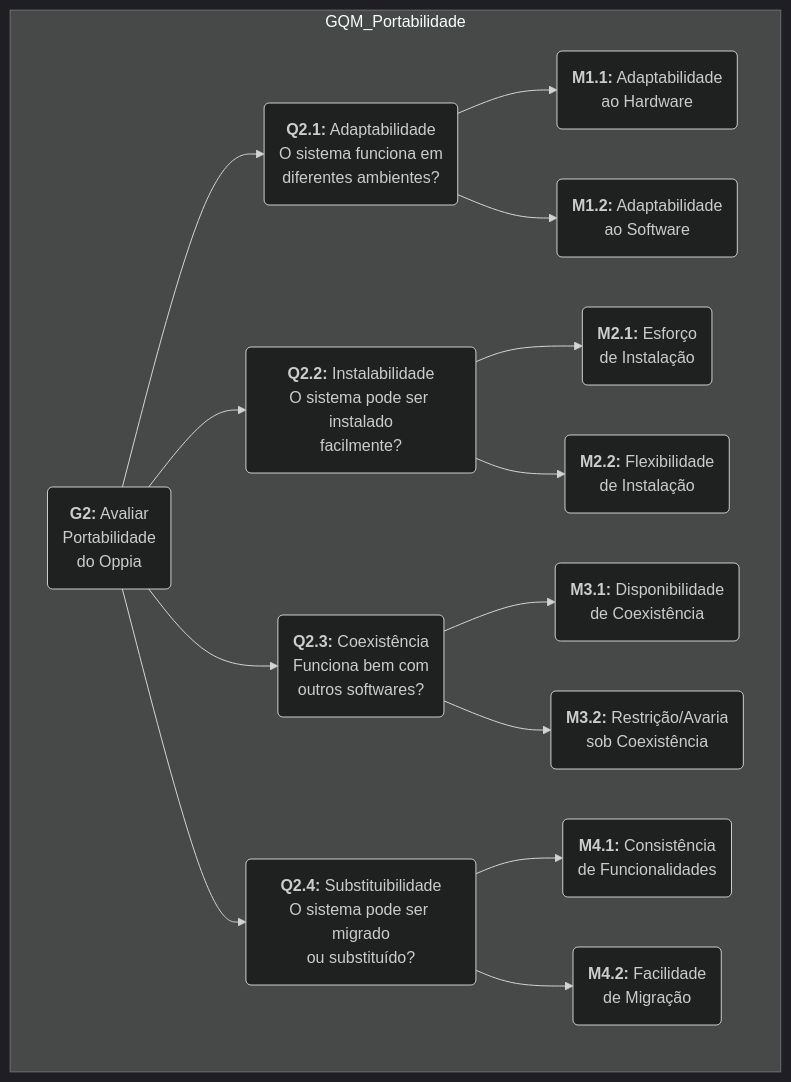
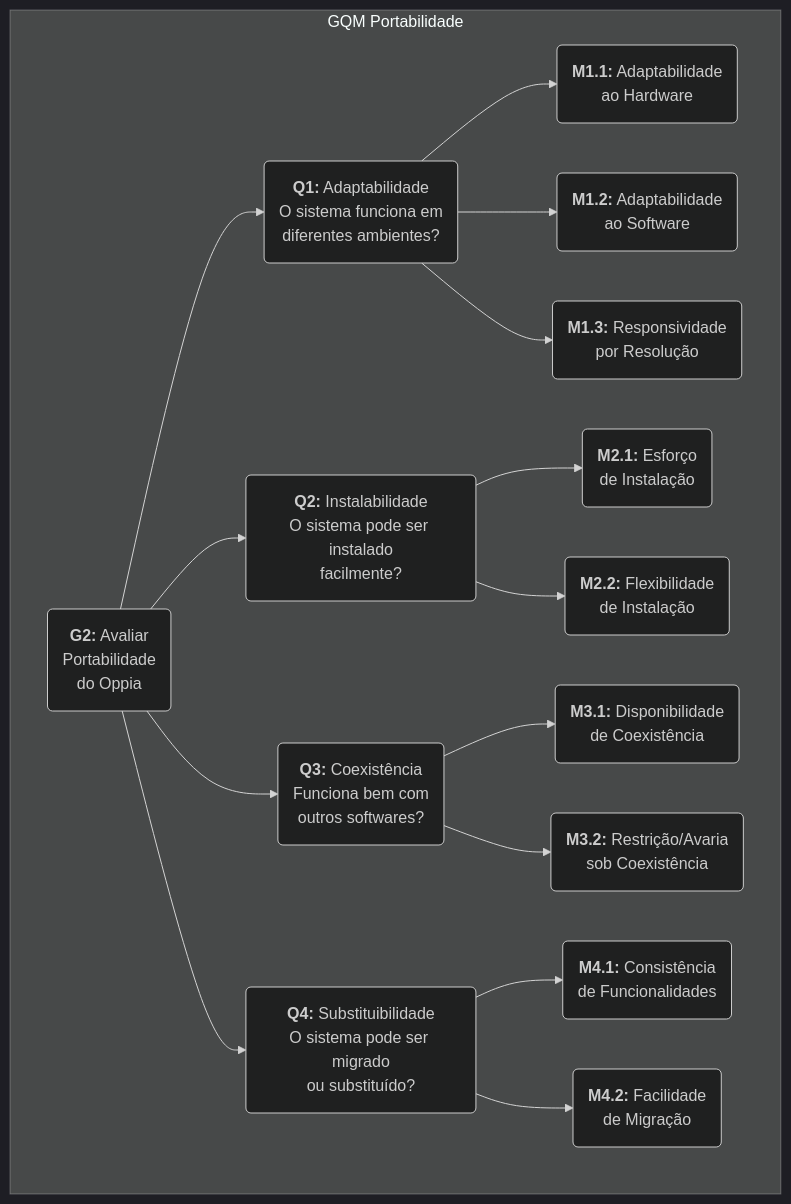
The diagram in docs/fase2/03_portabilidade.md (FCTE-Qualidade-de-Software-1/2025-2_T02_Radia_Perlman), drawn with Mermaid (dark theme) before and after one commit. The commit also changed other lines of this file and 1 other file, not shown here.

Commit message:
ajuste no diagrama de portabilidade

````diff
--- a/docs/fase2/03_portabilidade.md
+++ b/docs/fase2/03_portabilidade.md
@@ -49,29 +49,31 @@
 ```mermaid
-  graph TD
-    subgraph GQM_Portabilidade
+
+graph TD
+    subgraph GQM Portabilidade
         G2("<b>G2:</b> Avaliar<br>Portabilidade<br>do Oppia")
 
         %% QUESTÕES
-        G2 --> Q2_1("<b>Q2.1:</b> Adaptabilidade<br>O sistema funciona em<br>diferentes ambientes?")
-        G2 --> Q2_2("<b>Q2.2:</b> Instalabilidade<br>O sistema pode ser instalado<br>facilmente?")
-        G2 --> Q2_3("<b>Q2.3:</b> Coexistência<br>Funciona bem com<br>outros softwares?")
-        G2 --> Q2_4("<b>Q2.4:</b> Substituibilidade<br>O sistema pode ser migrado<br>ou substituído?")
+        G2 --> Q1("<b>Q1:</b> Adaptabilidade<br>O sistema funciona em<br>diferentes ambientes?")
+        G2 --> Q2("<b>Q2:</b> Instalabilidade<br>O sistema pode ser instalado<br>facilmente?")
+        G2 --> Q3("<b>Q3:</b> Coexistência<br>Funciona bem com<br>outros softwares?")
+        G2 --> Q4("<b>Q4:</b> Substituibilidade<br>O sistema pode ser migrado<br>ou substituído?")
 
-        %% MÉTRICAS DE Q2.1
-        Q2_1 --> M1_1("<b>M1.1:</b> Adaptabilidade<br>ao Hardware")
-        Q2_1 --> M1_2("<b>M1.2:</b> Adaptabilidade<br>ao Software")
+        %% MÉTRICAS DE Q1
+        Q1 --> M1_1("<b>M1.1:</b> Adaptabilidade<br>ao Hardware")
+        Q1 --> M1_2("<b>M1.2:</b> Adaptabilidade<br>ao Software")
+        Q1 --> M1_3("<b>M1.3:</b> Responsividade<br>por Resolução")
 
-        %% MÉTRICAS DE Q2.2
-        Q2_2 --> M2_1("<b>M2.1:</b> Esforço<br>de Instalação")
-        Q2_2 --> M2_2("<b>M2.2:</b> Flexibilidade<br>de Instalação")
+        %% MÉTRICAS DE Q2
+        Q2 --> M2_1("<b>M2.1:</b> Esforço<br>de Instalação")
+        Q2 --> M2_2("<b>M2.2:</b> Flexibilidade<br>de Instalação")
 
-        %% MÉTRICAS DE Q2.3
-        Q2_3 --> M3_1("<b>M3.1:</b> Disponibilidade<br>de Coexistência")
-        Q2_3 --> M3_2("<b>M3.2:</b> Restrição/Avaria<br>sob Coexistência")
+        %% MÉTRICAS DE Q3
+        Q3 --> M3_1("<b>M3.1:</b> Disponibilidade<br>de Coexistência")
+        Q3 --> M3_2("<b>M3.2:</b> Restrição/Avaria<br>sob Coexistência")
 
-        %% MÉTRICAS DE Q2.4
-        Q2_4 --> M4_1("<b>M4.1:</b> Consistência<br>de Funcionalidades")
-        Q2_4 --> M4_2("<b>M4.2:</b> Facilidade<br>de Migração")
+        %% MÉTRICAS DE Q4
+        Q4 --> M4_1("<b>M4.1:</b> Consistência<br>de Funcionalidades")
+        Q4 --> M4_2("<b>M4.2:</b> Facilidade<br>de Migração")
     end
 
 ```
````
